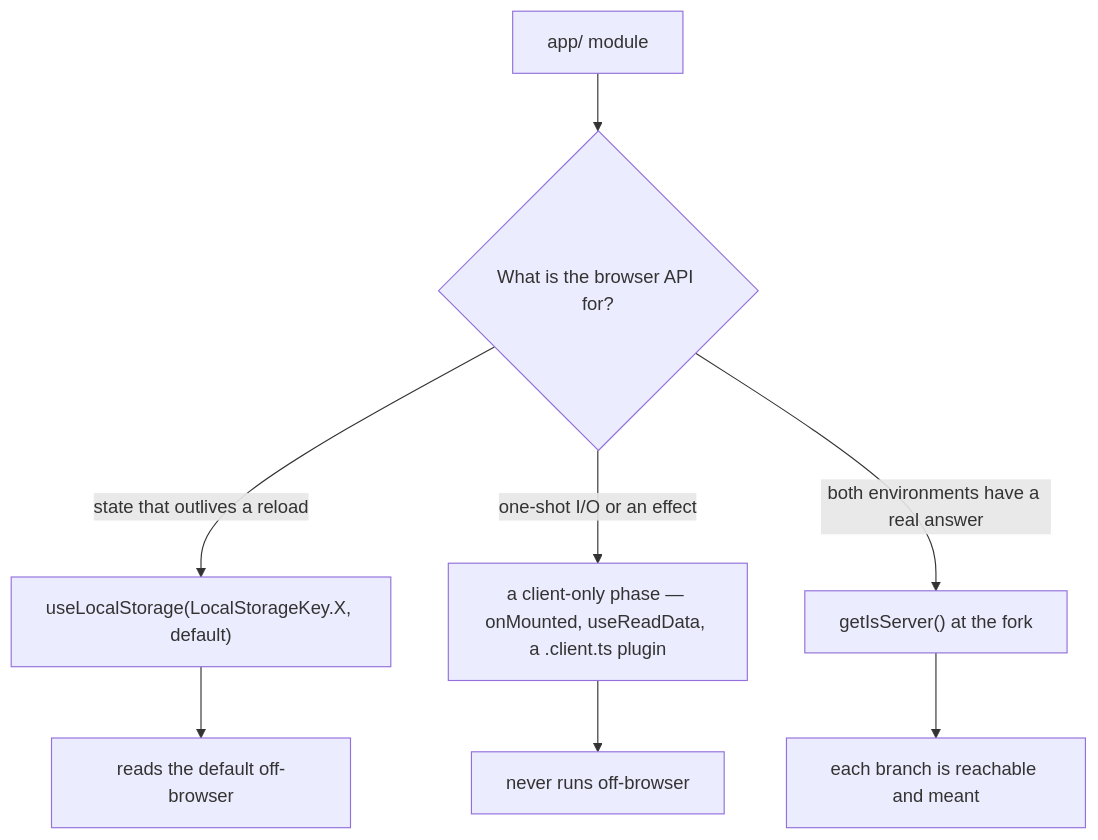
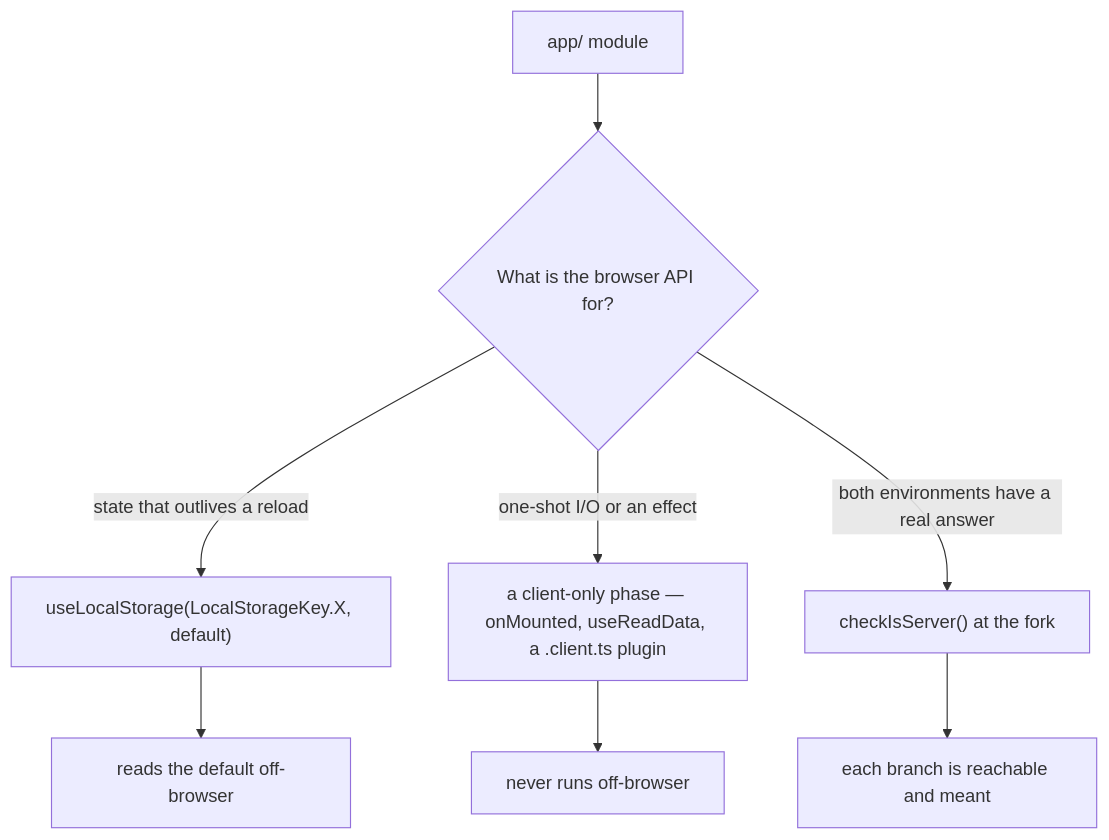
One commit to Esposter/Esposter changed the diagram in packages/app/content/docs/architecture/browser-execution.md. Above: the diagram before and after it, drawn with Mermaid. The commit also changed other lines of this file and 29 other files, not shown here.

First line of the commit message:
refactor(naming): getIsServer is checkIsServer

````diff
--- a/packages/app/content/docs/architecture/browser-execution.md
+++ b/packages/app/content/docs/architecture/browser-execution.md
@@ -14,10 +14,10 @@
 ```mermaid
 flowchart TD
   Code["app/ module"] --> Q{"What is the browser API for?"}
   Q -->|"state that outlives a reload"| S["useLocalStorage(LocalStorageKey.X, default)"]
   Q -->|"one-shot I/O or an effect"| P["a client-only phase — onMounted, useReadData, a .client.ts plugin"]
-  Q -->|"both environments have a real answer"| F["getIsServer() at the fork"]
+  Q -->|"both environments have a real answer"| F["checkIsServer() at the fork"]
   S --> Safe["reads the default off-browser"]
   P --> Safe2["never runs off-browser"]
   F --> Safe3["each branch is reachable and meant"]
 ```
````
